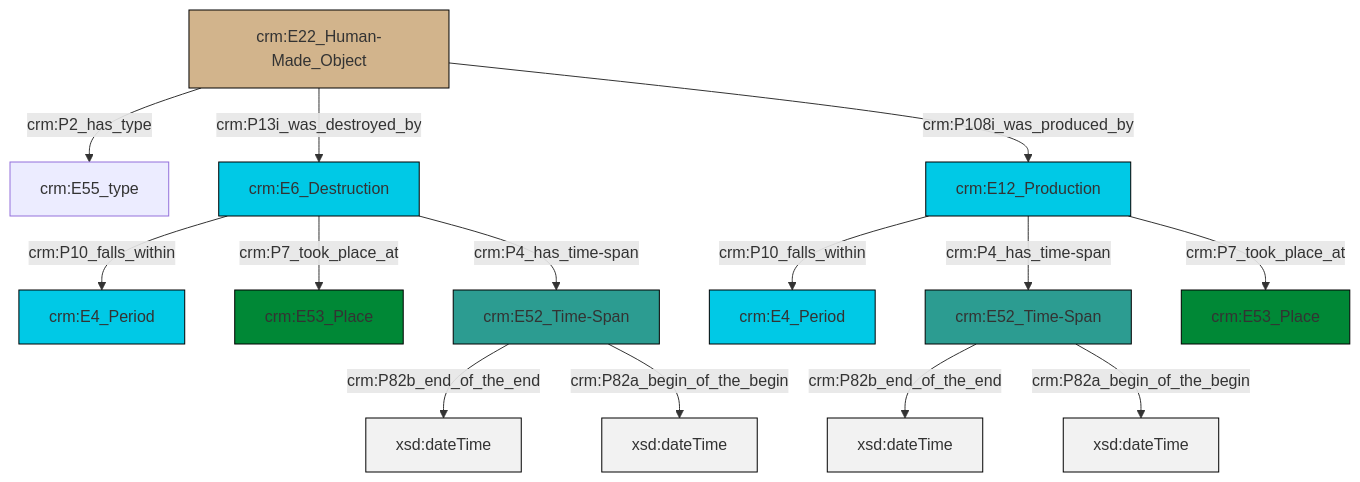
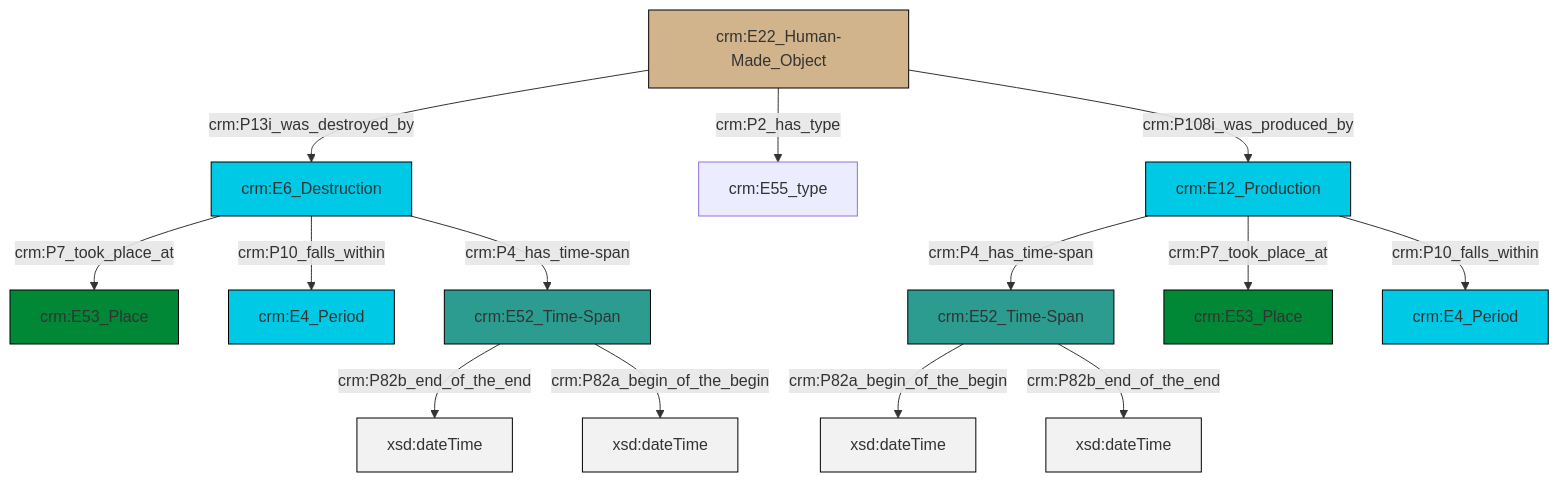
The diagram in et/artworkCSV/ttl/mmd/Artwork_Existence.ttl.mmd (swiss-art-research-net/docs.swissartresearch), drawn with Mermaid before and after one commit. The commit also changed 211 other files, not shown here.

```diff
--- a/et/artworkCSV/ttl/mmd/Artwork_Existence.ttl.mmd
+++ b/et/artworkCSV/ttl/mmd/Artwork_Existence.ttl.mmd
@@ -1,28 +1,28 @@
 graph TD
 classDef Literal fill:#f2f2f2,stroke:#000000;
 classDef CRM_Entity fill:#FFFFFF,stroke:#000000;
 classDef Temporal_Entity fill:#00C9E6, stroke:#000000;
 classDef Type fill:#E18312, stroke:#000000;
 classDef Time-Span fill:#2C9C91, stroke:#000000;
 classDef Appellation fill:#FFEB7F, stroke:#000000;
 classDef Place fill:#008836, stroke:#000000;
 classDef Persistent_Item fill:#B266B2, stroke:#000000;
 classDef Conceptual_Object fill:#FFD700, stroke:#000000;
 classDef Physical_Thing fill:#D2B48C, stroke:#000000;
 classDef Actor fill:#f58aad, stroke:#000000;
 classDef PC_Classes fill:#4ce600, stroke:#000000;
 classDef Multi fill:#cccccc,stroke:#000000;
 
-2["crm:E52_Time-Span"]:::Time-Span -->|crm:P82b_end_of_the_end| 8[xsd:dateTime]:::Literal
-9["crm:E6_Destruction"]:::Temporal_Entity -->|crm:P10_falls_within| 10["crm:E4_Period"]:::Temporal_Entity
-12["crm:E12_Production"]:::Temporal_Entity -->|crm:P10_falls_within| 0["crm:E4_Period"]:::Temporal_Entity
-9["crm:E6_Destruction"]:::Temporal_Entity -->|crm:P7_took_place_at| 13["crm:E53_Place"]:::Place
-4["crm:E52_Time-Span"]:::Time-Span -->|crm:P82b_end_of_the_end| 14[xsd:dateTime]:::Literal
-15["crm:E22_Human-Made_Object"]:::Physical_Thing -->|crm:P2_has_type| 6["crm:E55_type"]:::Default
-15["crm:E22_Human-Made_Object"]:::Physical_Thing -->|crm:P13i_was_destroyed_by| 9["crm:E6_Destruction"]:::Temporal_Entity
-12["crm:E12_Production"]:::Temporal_Entity -->|crm:P4_has_time-span| 4["crm:E52_Time-Span"]:::Time-Span
-15["crm:E22_Human-Made_Object"]:::Physical_Thing -->|crm:P108i_was_produced_by| 12["crm:E12_Production"]:::Temporal_Entity
-2["crm:E52_Time-Span"]:::Time-Span -->|crm:P82a_begin_of_the_begin| 21[xsd:dateTime]:::Literal
-9["crm:E6_Destruction"]:::Temporal_Entity -->|crm:P4_has_time-span| 2["crm:E52_Time-Span"]:::Time-Span
-4["crm:E52_Time-Span"]:::Time-Span -->|crm:P82a_begin_of_the_begin| 22[xsd:dateTime]:::Literal
-12["crm:E12_Production"]:::Temporal_Entity -->|crm:P7_took_place_at| 17["crm:E53_Place"]:::Place
+4["crm:E22_Human-Made_Object"]:::Physical_Thing -->|crm:P13i_was_destroyed_by| 5["crm:E6_Destruction"]:::Temporal_Entity
+8["crm:E52_Time-Span"]:::Time-Span -->|crm:P82b_end_of_the_end| 9[xsd:dateTime]:::Literal
+4["crm:E22_Human-Made_Object"]:::Physical_Thing -->|crm:P2_has_type| 10["crm:E55_type"]:::Default
+4["crm:E22_Human-Made_Object"]:::Physical_Thing -->|crm:P108i_was_produced_by| 11["crm:E12_Production"]:::Temporal_Entity
+5["crm:E6_Destruction"]:::Temporal_Entity -->|crm:P7_took_place_at| 2["crm:E53_Place"]:::Place
+15["crm:E52_Time-Span"]:::Time-Span -->|crm:P82a_begin_of_the_begin| 16[xsd:dateTime]:::Literal
+8["crm:E52_Time-Span"]:::Time-Span -->|crm:P82a_begin_of_the_begin| 18[xsd:dateTime]:::Literal
+11["crm:E12_Production"]:::Temporal_Entity -->|crm:P4_has_time-span| 15["crm:E52_Time-Span"]:::Time-Span
+11["crm:E12_Production"]:::Temporal_Entity -->|crm:P7_took_place_at| 6["crm:E53_Place"]:::Place
+5["crm:E6_Destruction"]:::Temporal_Entity -->|crm:P10_falls_within| 13["crm:E4_Period"]:::Temporal_Entity
+5["crm:E6_Destruction"]:::Temporal_Entity -->|crm:P4_has_time-span| 8["crm:E52_Time-Span"]:::Time-Span
+11["crm:E12_Production"]:::Temporal_Entity -->|crm:P10_falls_within| 0["crm:E4_Period"]:::Temporal_Entity
+15["crm:E52_Time-Span"]:::Time-Span -->|crm:P82b_end_of_the_end| 22[xsd:dateTime]:::Literal
```
